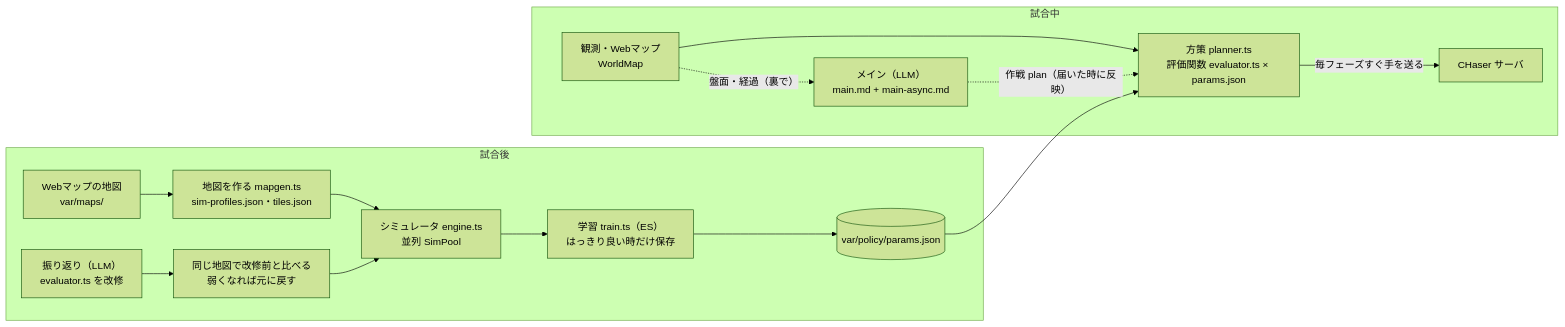
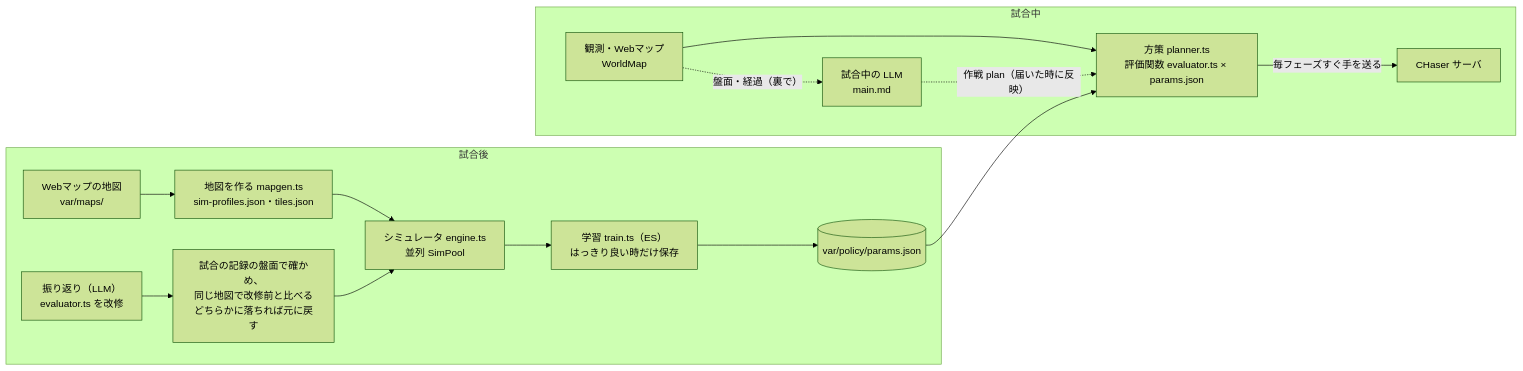
One commit to CHACCHAN/chaser-online-llm changed the diagram in docs/learning.md. Above: the diagram before and after it, drawn with Mermaid (forest theme). The commit also changed other lines of this file and 13 other files, not shown here.

````diff
--- a/docs/learning.md
+++ b/docs/learning.md
@@ -5,18 +5,18 @@
 ```mermaid
 flowchart LR
   subgraph Match["試合中"]
     Obs["観測・Webマップ<br/>WorldMap"] --> Pol["方策 planner.ts<br/>評価関数 evaluator.ts × params.json"]
     Pol -- "毎フェーズすぐ手を送る" --> Srv["CHaser サーバ"]
-    Obs -. "盤面・経過（裏で）" .-> LLM["メイン（LLM）<br/>main.md + main-async.md"]
+    Obs -. "盤面・経過（裏で）" .-> LLM["試合中の LLM<br/>main.md"]
     LLM -. "作戦 plan（届いた時に反映）" .-> Pol
   end
   subgraph After["試合後"]
     Map["Webマップの地図<br/>var/maps/"] --> Gen["地図を作る mapgen.ts<br/>sim-profiles.json・tiles.json"]
     Gen --> Sim["シミュレータ engine.ts<br/>並列 SimPool"]
     Sim --> Train["学習 train.ts（ES）<br/>はっきり良い時だけ保存"]
     Train --> Params[("var/policy/params.json")]
-    Review["振り返り（LLM）<br/>evaluator.ts を改修"] --> Gate["同じ地図で改修前と比べる<br/>弱くなれば元に戻す"]
+    Review["振り返り（LLM）<br/>evaluator.ts を改修"] --> Gate["試合の記録の盤面で確かめ、<br/>同じ地図で改修前と比べる<br/>どちらかに落ちれば元に戻す"]
     Gate --> Sim
   end
   Params --> Pol
 ```
````
